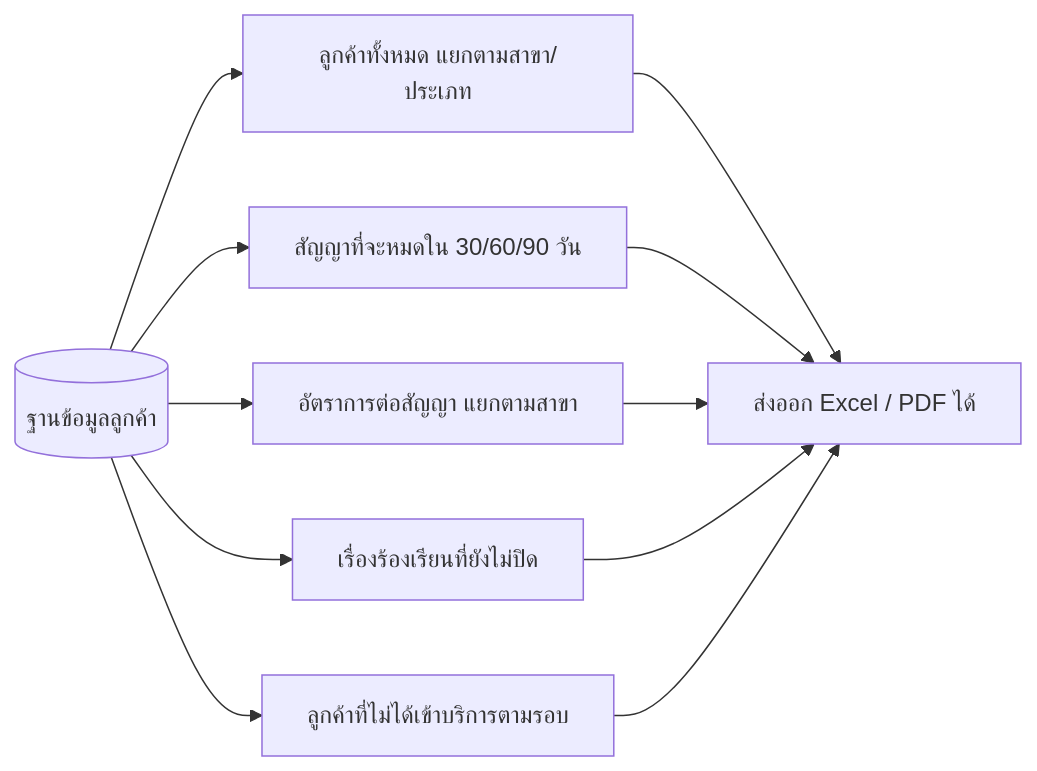
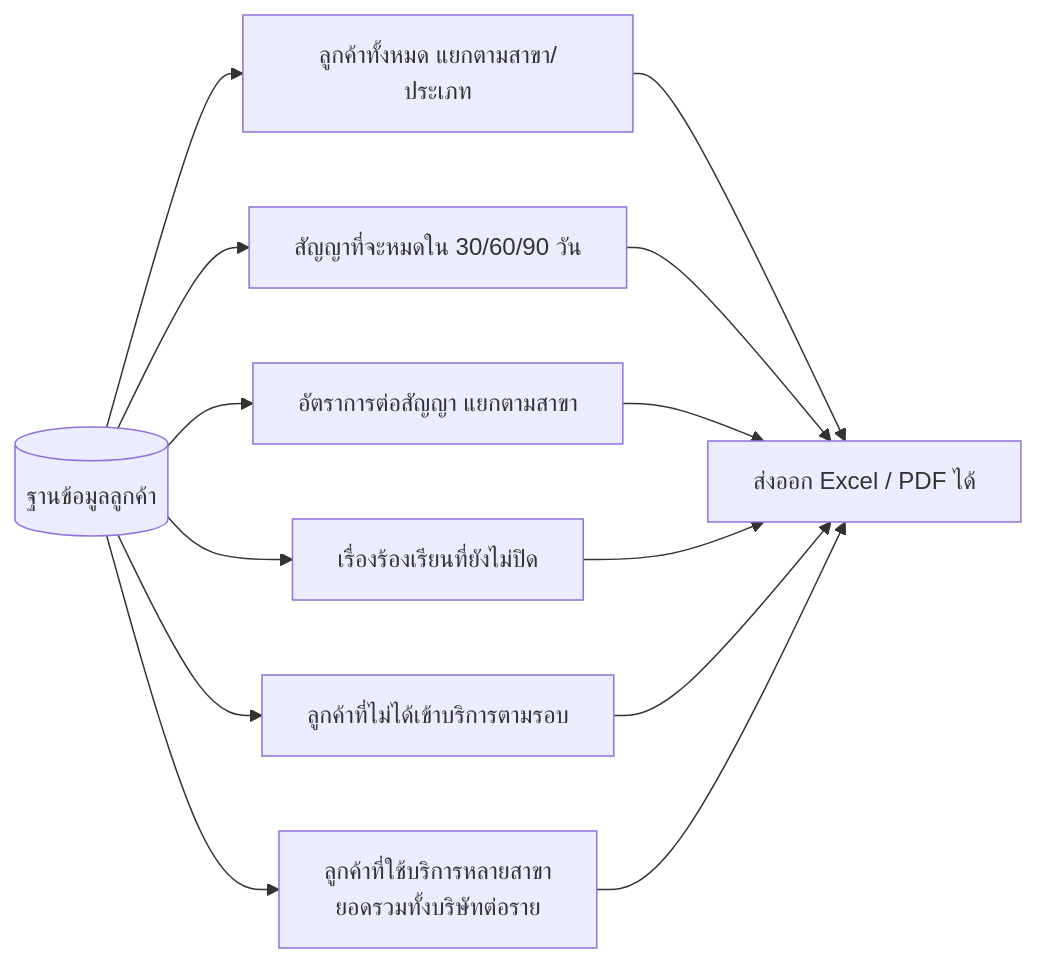
The seventh of 7 diagrams in docs/research/2026-11-07-advance-group-asia-workflow-diagrams.md (warayuthsema-alt/my-house-sh2401), drawn with Mermaid before and after one commit. The commit also changed other lines of this file and 1 other file, not shown here.

First line of the commit message:
Workflow diagrams: support customers served by multiple branches

````diff
--- a/docs/research/2026-11-07-advance-group-asia-workflow-diagrams.md
+++ b/docs/research/2026-11-07-advance-group-asia-workflow-diagrams.md
@@ -192,9 +207,10 @@
 ```mermaid
 flowchart LR
     DB[("ฐานข้อมูลลูกค้า")] --> R1["ลูกค้าทั้งหมด แยกตามสาขา/ประเภท"]
     DB --> R2["สัญญาที่จะหมดใน 30/60/90 วัน"]
     DB --> R3["อัตราการต่อสัญญา แยกตามสาขา"]
     DB --> R4["เรื่องร้องเรียนที่ยังไม่ปิด"]
     DB --> R5["ลูกค้าที่ไม่ได้เข้าบริการตามรอบ"]
-    R1 & R2 & R3 & R4 & R5 --> X["ส่งออก Excel / PDF ได้"]
+    DB --> R6["ลูกค้าที่ใช้บริการหลายสาขา<br/>ยอดรวมทั้งบริษัทต่อราย"]
+    R1 & R2 & R3 & R4 & R5 & R6 --> X["ส่งออก Excel / PDF ได้"]
 ```
````
